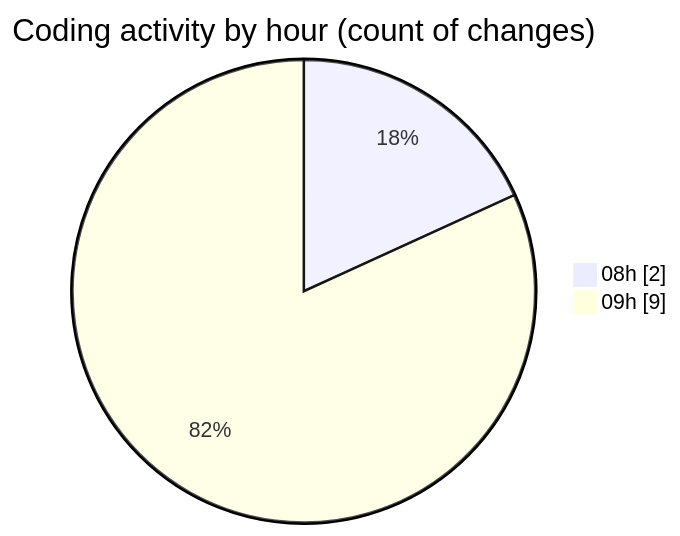
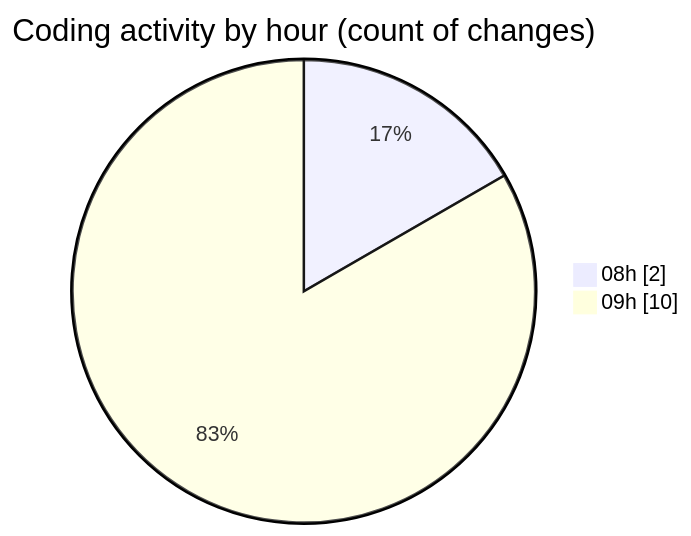
The second of 2 diagrams in 2025-03-26/kml/README.md (LanceThiago/code-tracking), drawn with Mermaid before and after one commit. The commit also changed other lines of this file and 1 other file, not shown here.

````diff
--- a/2025-03-26/kml/README.md
+++ b/2025-03-26/kml/README.md
@@ -28,6 +28,6 @@
 ```mermaid
 pie showData
 title Coding activity by hour (count of changes)
 "08h" : 2
-"09h" : 9
+"09h" : 10
 ```
````
